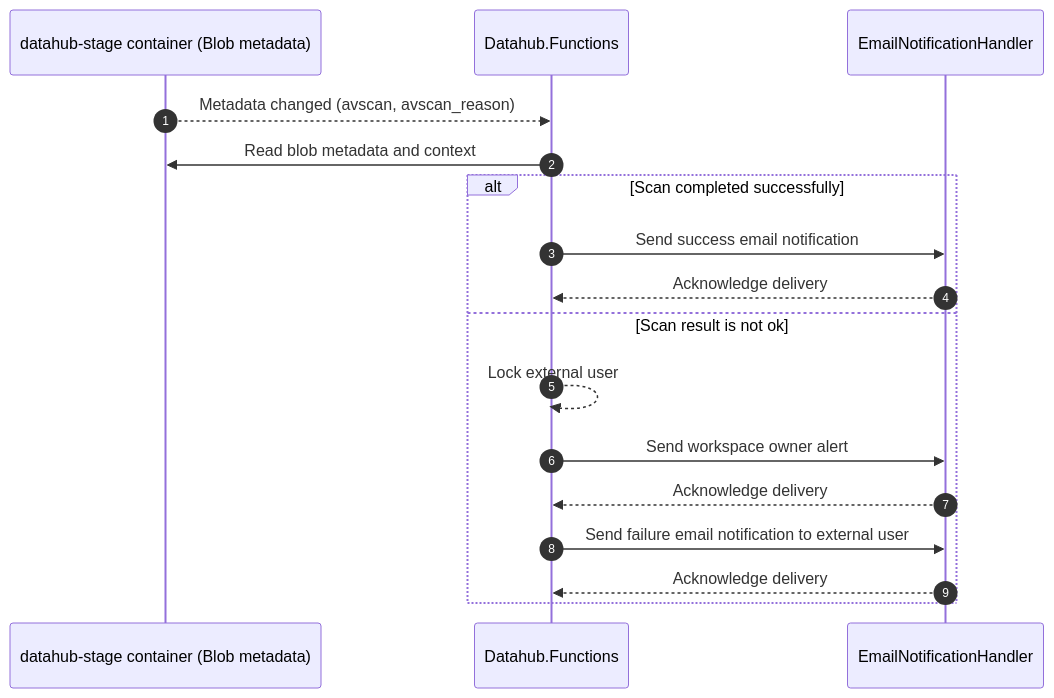
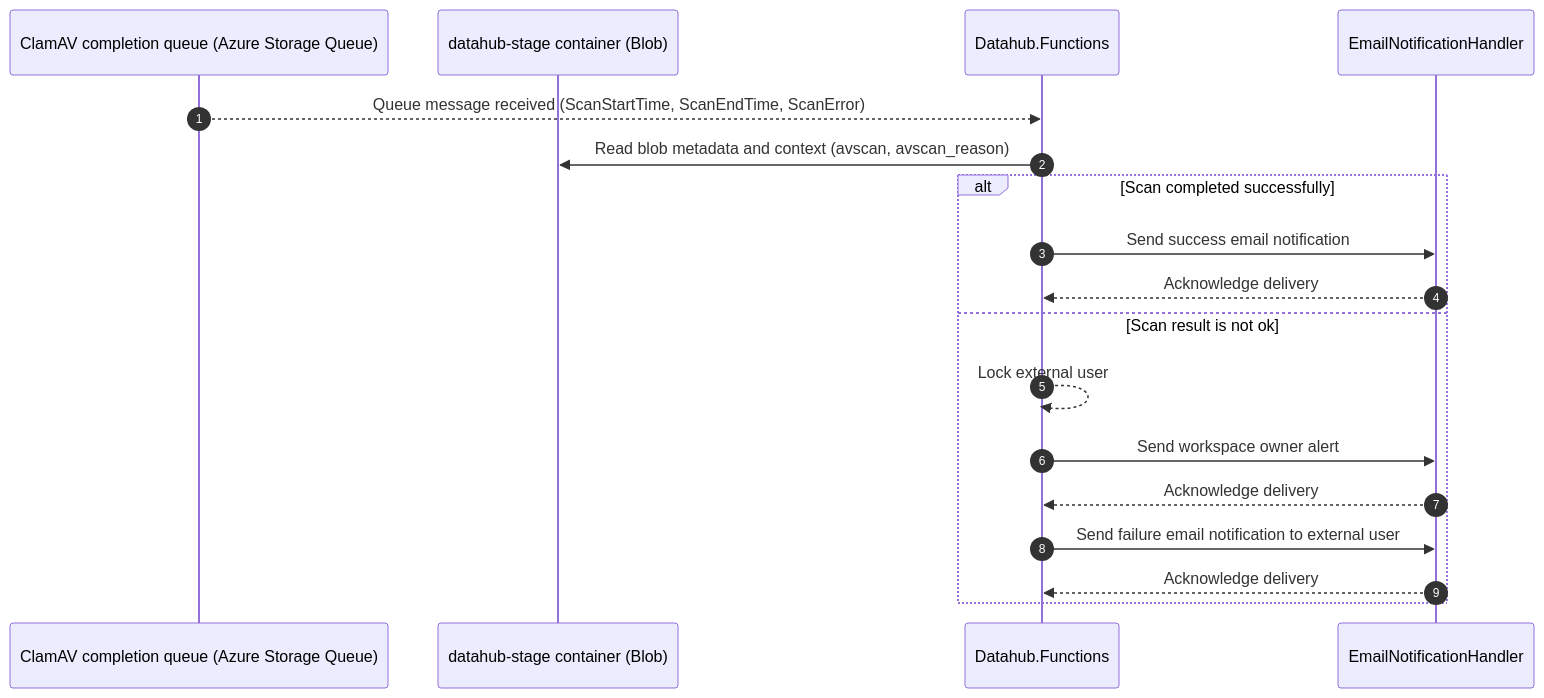
Before and after one commit to ssc-sp/datahub-docs: the third of 3 diagrams in DeveloperGuide/ClamAV/README.md, drawn with Mermaid. The commit also changed other lines of this file, not shown here.

Commit message:
updated architecture to account for storage queue trigger

````diff
--- a/DeveloperGuide/ClamAV/README.md
+++ b/DeveloperGuide/ClamAV/README.md
@@ -183,20 +202,21 @@
 ```mermaid
 sequenceDiagram
 autonumber
-participant S as datahub-stage container (Blob metadata)
+participant Q as ClamAV completion queue (Azure Storage Queue)
+participant S as datahub-stage container (Blob)
 participant F as Datahub.Functions
 participant E as EmailNotificationHandler
 
-S-->>F: Metadata changed (avscan, avscan_reason)
-F->>S: Read blob metadata and context
+Q-->>F: Queue message received (ScanStartTime, ScanEndTime, ScanError)
+F->>S: Read blob metadata and context (avscan, avscan_reason)
 alt Scan completed successfully
   F->>E: Send success email notification
   E-->>F: Acknowledge delivery
 else Scan result is not ok
   F-->>F: Lock external user
   F->>E: Send workspace owner alert
   E-->>F: Acknowledge delivery
   F->>E: Send failure email notification to external user
   E-->>F: Acknowledge delivery
 end
 ```
````
